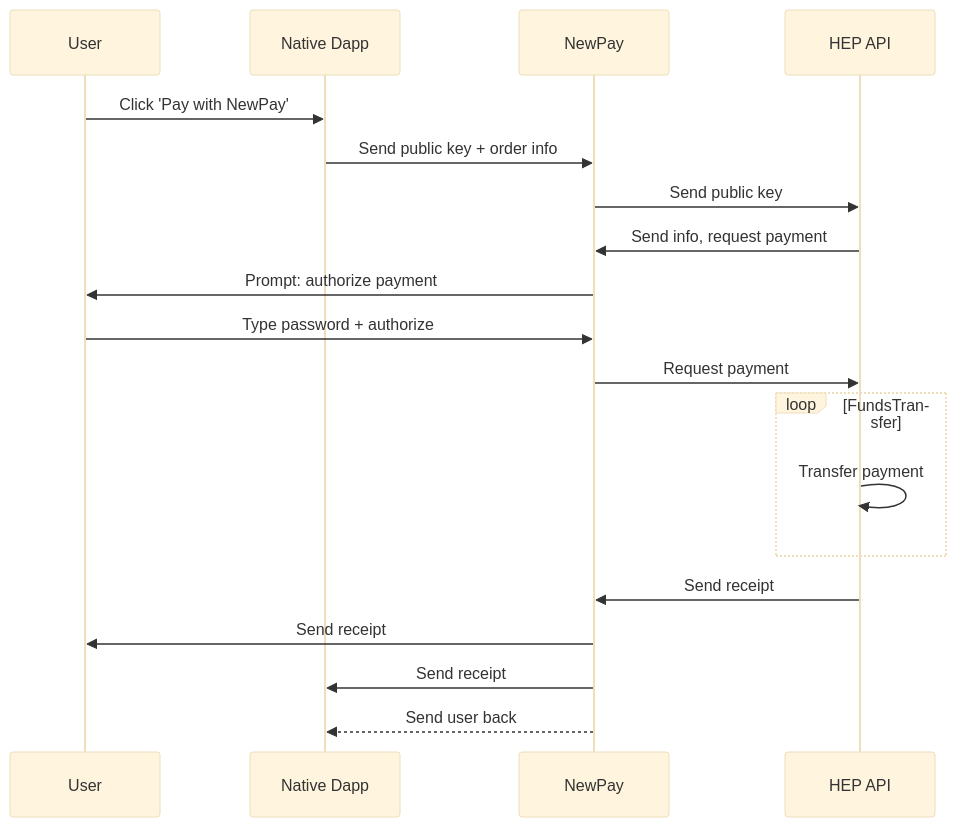
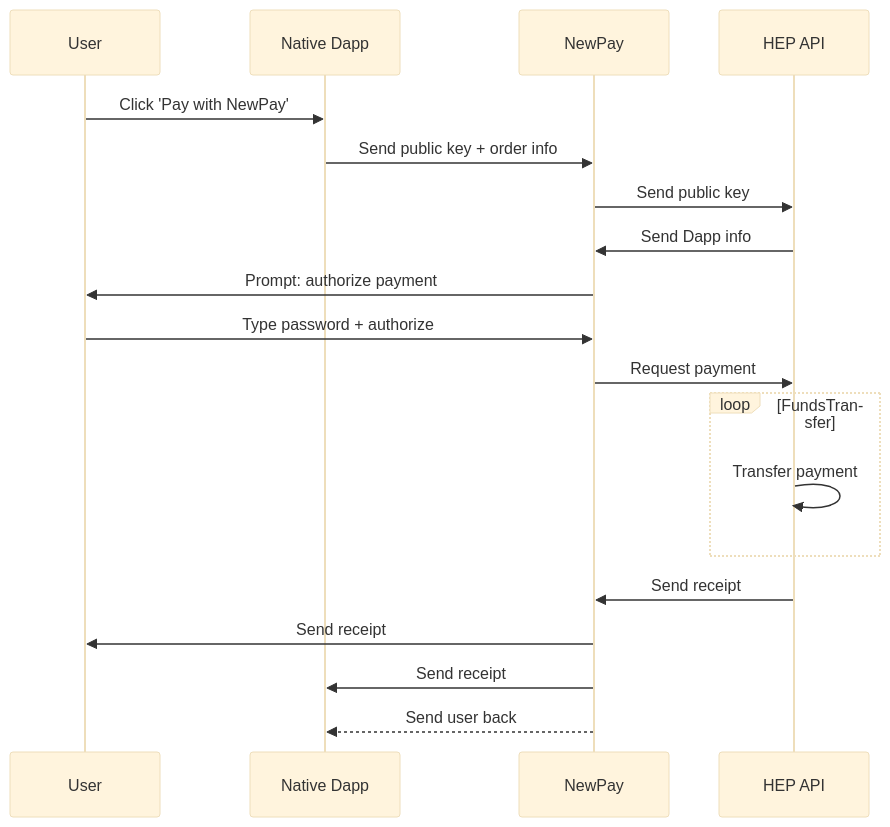
Before and after one commit to newtonproject/HEP-specification: the first of 3 diagrams in payment_process.md, drawn with Mermaid (base theme). The commit also changed other lines of this file, not shown here.

````diff
--- a/payment_process.md
+++ b/payment_process.md
@@ -13,22 +13,22 @@
 ```mermaid
 sequenceDiagram;
     participant User;
     participant Native Dapp;
 	participant NewPay;
 	participant HEP API;
 
     User->>Native Dapp: Click 'Pay with NewPay';
 	Native Dapp->>NewPay: Send public key + order info;
 	NewPay->>HEP API: Send public key;
-	HEP API->>NewPay: Send info, request payment;
+	HEP API->>NewPay: Send Dapp info;
 	NewPay->> User: Prompt: authorize payment;
 	User->>NewPay: Type password + authorize;
 	NewPay->>HEP API: Request payment;
 loop FundsTransfer;
         HEP API->>HEP API: Transfer payment;
 	end;
 	HEP API->>NewPay: Send receipt;
 	NewPay->>User: Send receipt;
 	NewPay->>Native Dapp: Send receipt;
 	NewPay-->>Native Dapp: Send user back;
 ```
````
